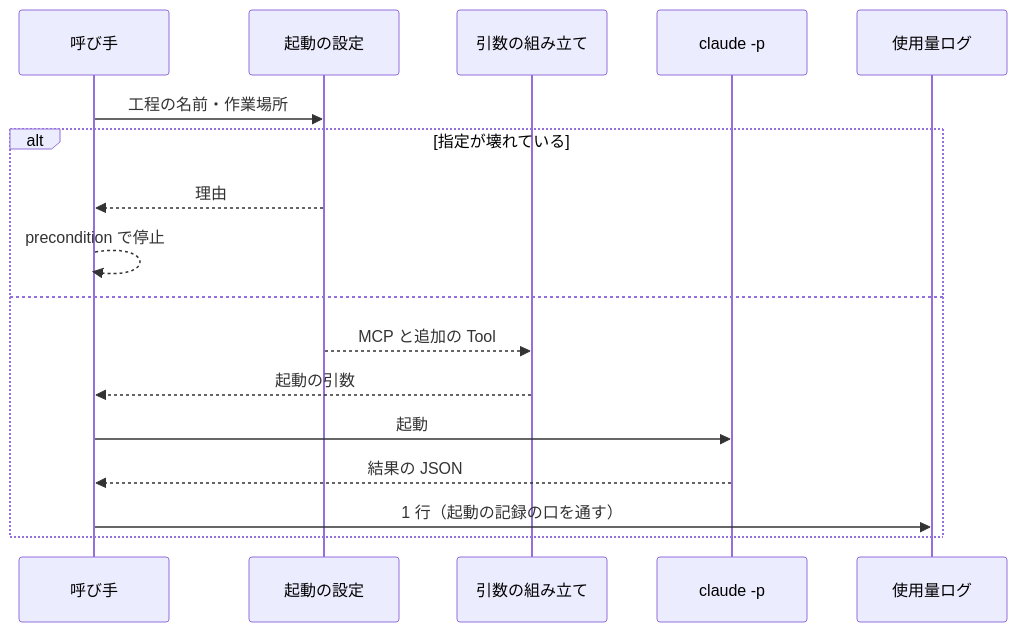
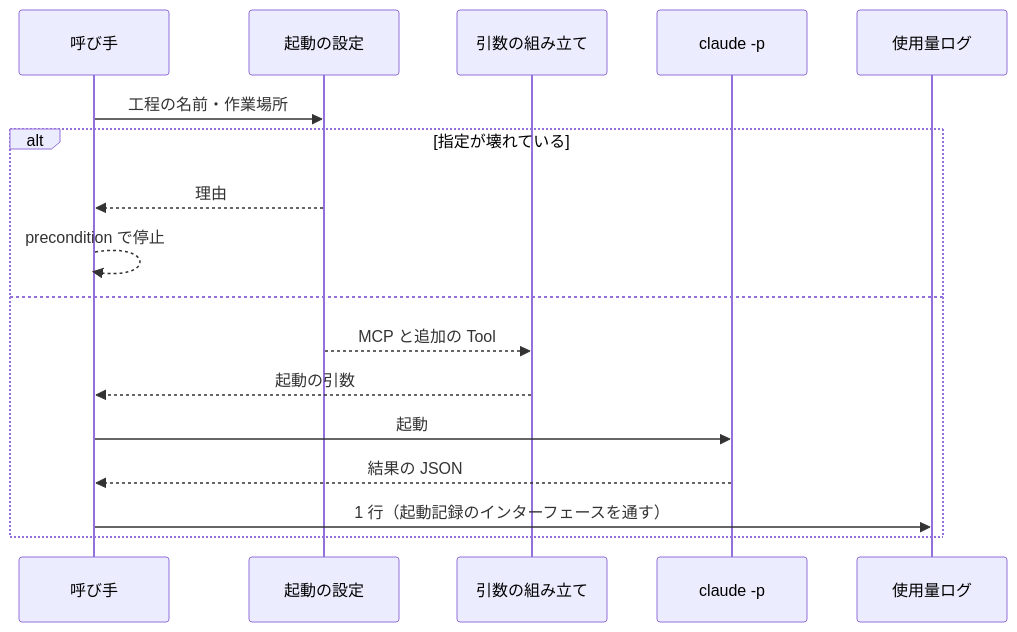
The fourth of 4 diagrams in issues/issue-1959-design.md (devbasex/ai-plugins), drawn with Mermaid before and after one commit. The commit also changed other lines of this file and 1 other file, not shown here.

````diff
--- a/issues/issue-1959-design.md
+++ b/issues/issue-1959-design.md
@@ -210,19 +210,19 @@
 ```mermaid
 sequenceDiagram
     participant C as 呼び手
     participant G as 起動の設定
     participant A as 引数の組み立て
     participant P as claude -p
     participant U as 使用量ログ
     C->>G: 工程の名前・作業場所
     alt 指定が壊れている
         G-->>C: 理由
         C-->>C: precondition で停止
     else
         G-->>A: MCP と追加の Tool
         A-->>C: 起動の引数
         C->>P: 起動
         P-->>C: 結果の JSON
-        C->>U: 1 行（起動の記録の口を通す）
+        C->>U: 1 行（起動記録のインターフェースを通す）
     end
 ```
````
